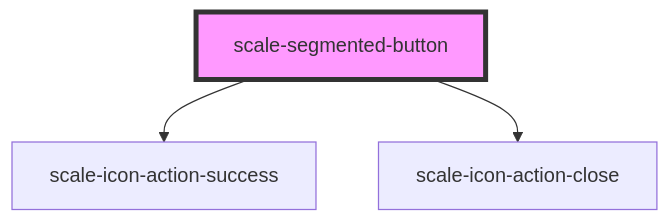
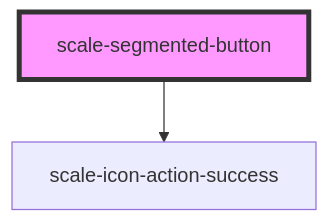
Before and after one commit to telekom/scale: the diagram in packages/components/src/components/segmented-button/readme.md, drawn with Mermaid. The commit also changed other lines of this file and 4 other files, not shown here.

````diff
--- a/packages/components/src/components/segmented-button/readme.md
+++ b/packages/components/src/components/segmented-button/readme.md
@@ -55,6 +54,5 @@
 ```mermaid
 graph TD;
   scale-segmented-button --> scale-icon-action-success
-  scale-segmented-button --> scale-icon-action-close
   style scale-segmented-button fill:#f9f,stroke:#333,stroke-width:4px
 ```
````
